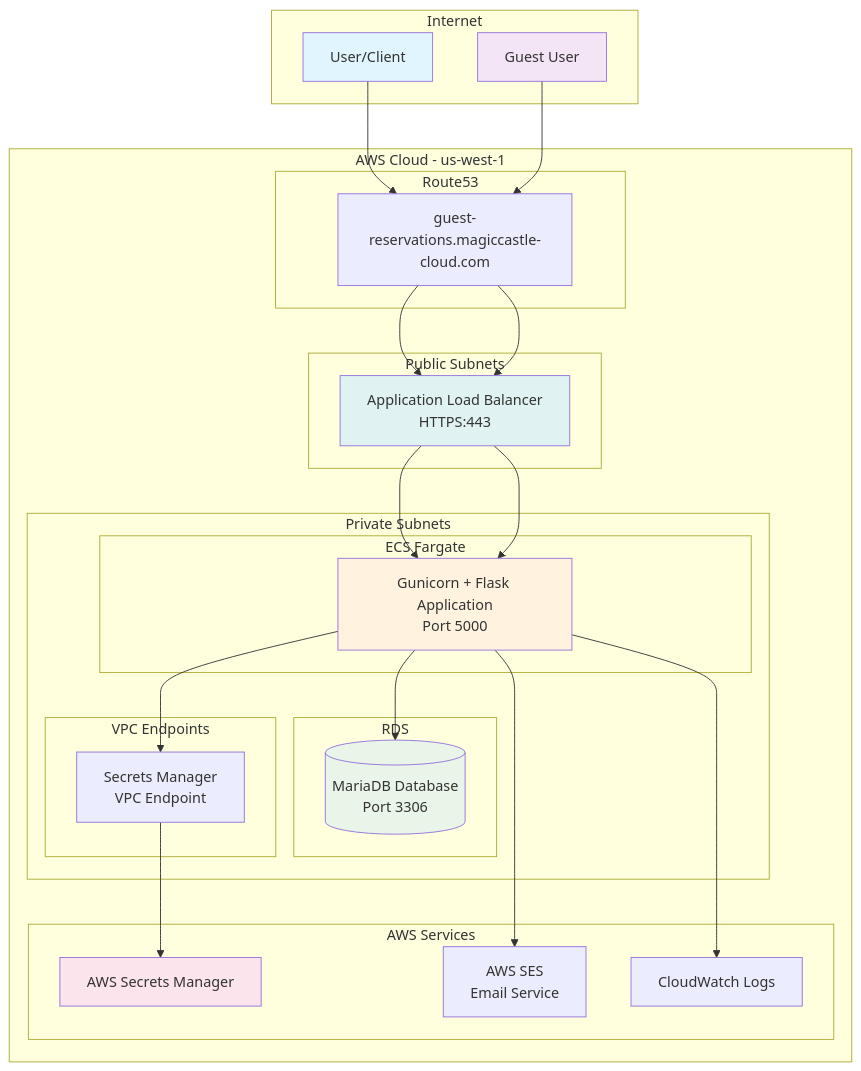
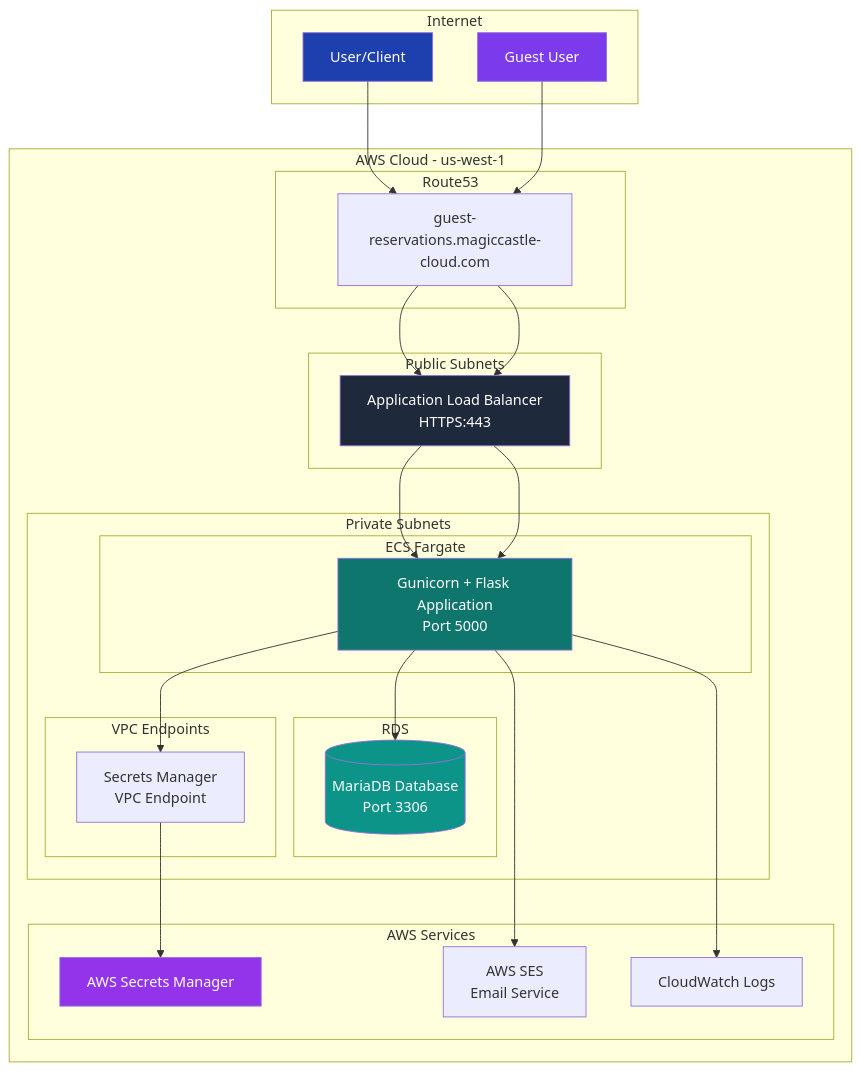
One commit to jkb619/jkb619 changed the first of 4 diagrams in mc/README.md. Above: the diagram before and after it, drawn with Mermaid. The commit also changed other lines of this file, not shown here.

````diff
--- a/mc/README.md
+++ b/mc/README.md
@@ -9,57 +9,57 @@
 ```mermaid
 graph TB
     subgraph "Internet"
         User[User/Client]
         Guest[Guest User]
     end
     
     subgraph "AWS Cloud - us-west-1"
         subgraph "Route53"
             DNS[guest-reservations.magiccastle-cloud.com]
         end
         
         subgraph "Public Subnets"
             ALB[Application Load Balancer<br/>HTTPS:443]
         end
         
         subgraph "Private Subnets"
             subgraph "ECS Fargate"
                 ECS[Gunicorn + Flask Application<br/>Port 5000]
             end
             
             subgraph "RDS"
                 DB[(MariaDB Database<br/>Port 3306)]
             end
             
             subgraph "VPC Endpoints"
                 SM[Secrets Manager<br/>VPC Endpoint]
             end
         end
         
         subgraph "AWS Services"
             Secrets[AWS Secrets Manager]
             SES[AWS SES<br/>Email Service]
             CW[CloudWatch Logs]
         end
     end
     
     User --> DNS
     DNS --> ALB
     ALB --> ECS
     ECS --> DB
     ECS --> SM
     SM --> Secrets
     ECS --> SES
     ECS --> CW
     
     Guest --> DNS
     DNS --> ALB
     ALB --> ECS
     
-    style User fill:#e1f5fe
-    style Guest fill:#f3e5f5
-    style ECS fill:#fff3e0
-    style DB fill:#e8f5e8
-    style ALB fill:#e0f2f1
-    style Secrets fill:#fce4ec
+    style User fill:#1e40af,color:#ffffff
+    style Guest fill:#7c3aed,color:#ffffff
+    style ECS fill:#0f766e,color:#ffffff
+    style DB fill:#0d9488,color:#ffffff
+    style ALB fill:#1e293b,color:#ffffff
+    style Secrets fill:#9333ea,color:#ffffff
 ```
````
